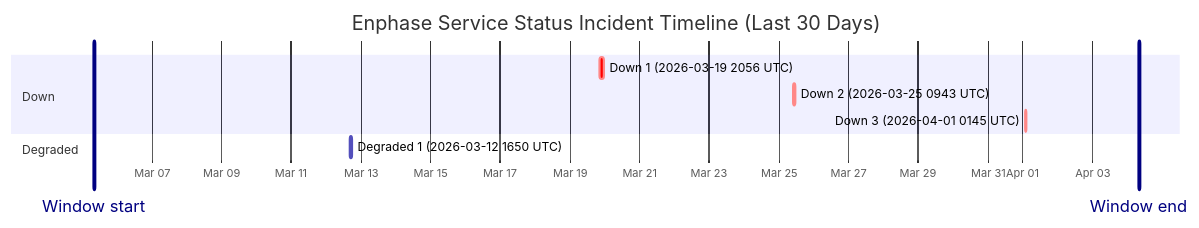
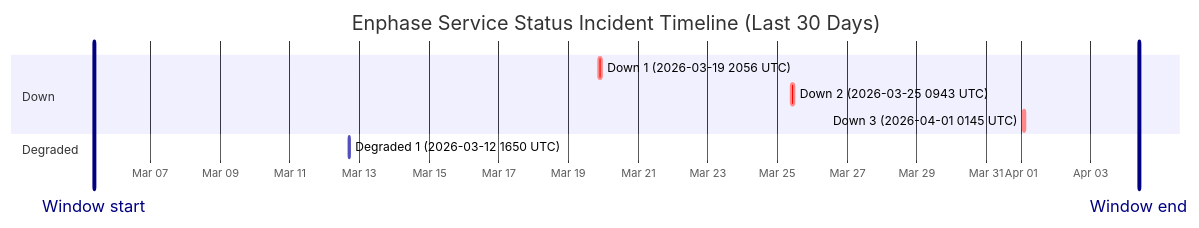
One commit to barneyonline/ha-enphase-ev-charger changed the diagram in wiki/Service-Status-History.md. Above: the diagram before and after it, drawn with Mermaid. The commit also changed other lines of this file and 3 other files, not shown here.

````diff
--- a/wiki/Service-Status-History.md
+++ b/wiki/Service-Status-History.md
@@ -14,14 +14,14 @@
 ```mermaid
 gantt
     title Enphase Service Status Incident Timeline (Last 30 Days)
     dateFormat  YYYY-MM-DDTHH:mm:ss
     axisFormat  %b %d
-    Window start :vert, window-start, 2026-03-05T08:01:59, 0ms
-    Window end :vert, window-end, 2026-04-04T08:01:59, 0ms
+    Window start :vert, window-start, 2026-03-05T09:05:59, 0ms
+    Window end :vert, window-end, 2026-04-04T09:05:59, 0ms
     section Down
     Down 1 (2026-03-19 2056 UTC) :crit, down-1, 2026-03-19T20:56:20, 145m
     Down 2 (2026-03-25 0943 UTC) :crit, down-2, 2026-03-25T09:43:28, 111m
     Down 3 (2026-04-01 0145 UTC) :crit, down-3, 2026-04-01T01:45:09, 60m
     section Degraded
     Degraded 1 (2026-03-12 1650 UTC) :active, degraded-1, 2026-03-12T16:50:43, 60m
 ```
````
